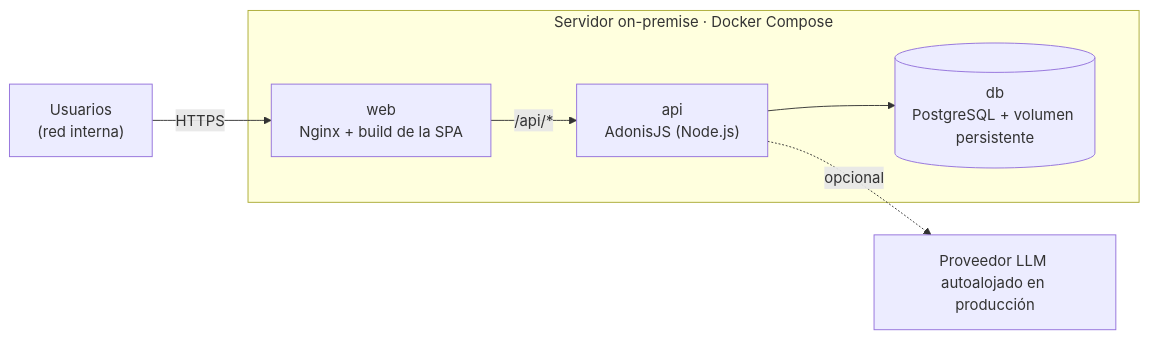
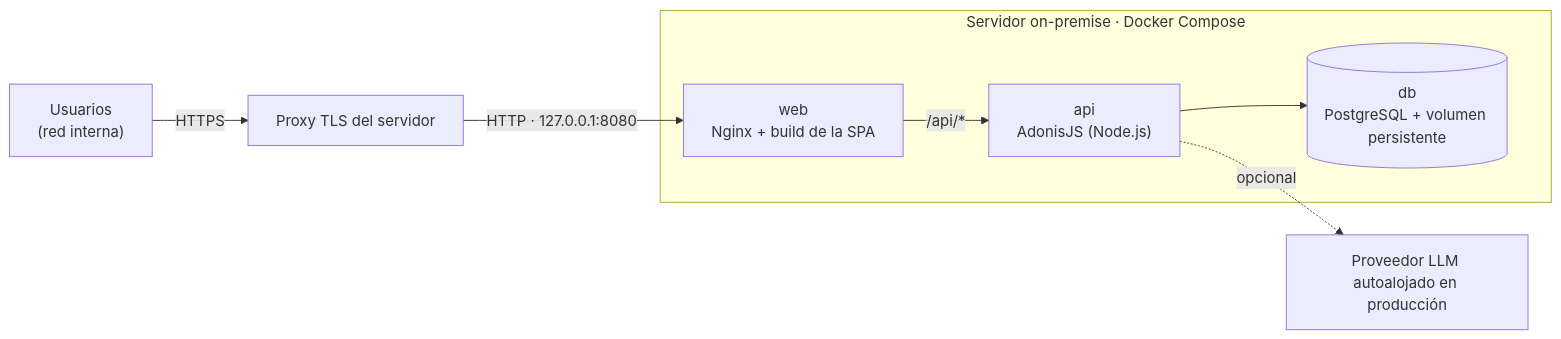
Before and after one commit to pedrolaralara/AI4Devs-finalproject: the fifth of 6 diagrams in readme.md, drawn with Mermaid. The commit also changed other lines of this file and 3 other files, not shown here.

````diff
--- a/readme.md
+++ b/readme.md
@@ -420,12 +420,13 @@
 ```mermaid
 flowchart LR
-    User["Usuarios<br/>(red interna)"] -- HTTPS --> Nginx
+    User["Usuarios<br/>(red interna)"] -- HTTPS --> TLS["Proxy TLS del servidor"]
+    TLS -- "HTTP · 127.0.0.1:8080" --> Nginx
     subgraph Host["Servidor on-premise · Docker Compose"]
         Nginx["web<br/>Nginx + build de la SPA"]
         Api["api<br/>AdonisJS (Node.js)"]
         Pg[("db<br/>PostgreSQL + volumen persistente")]
         Nginx -- "/api/*" --> Api
         Api --> Pg
     end
     Api -. "opcional" .-> LLM["Proveedor LLM autoalojado en producción"]
 ```
````
